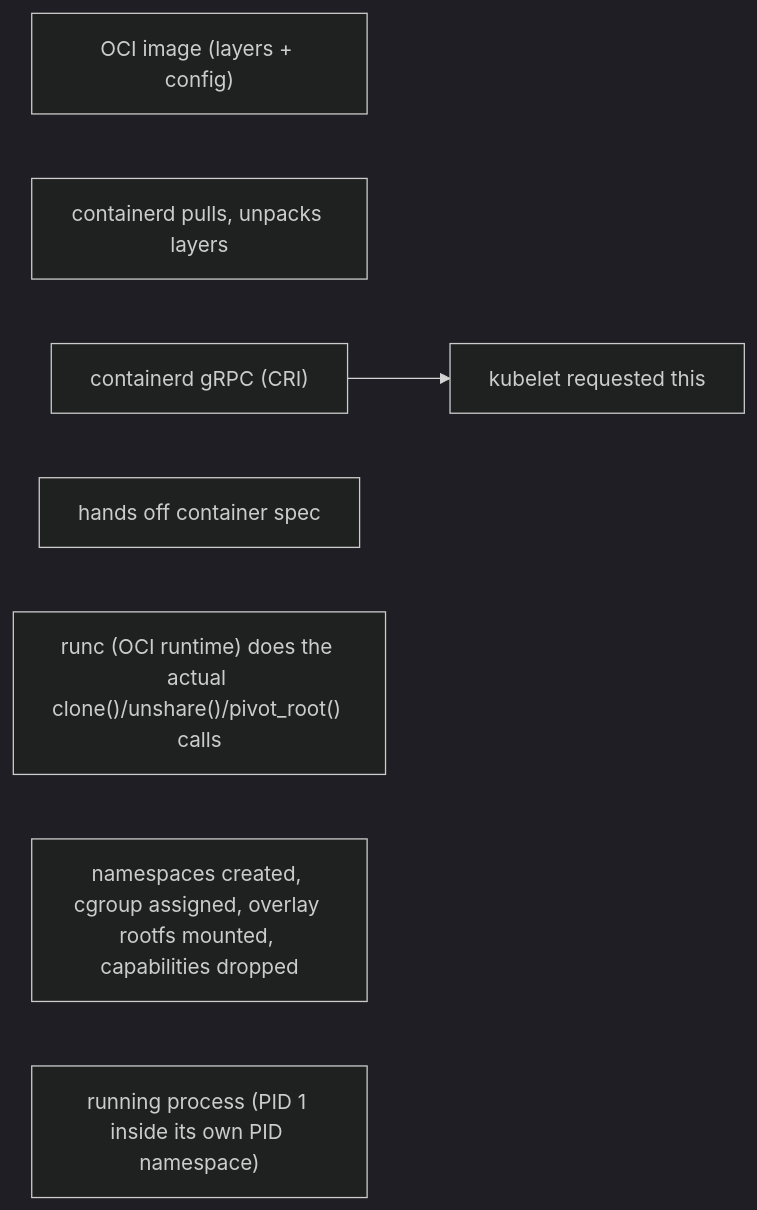
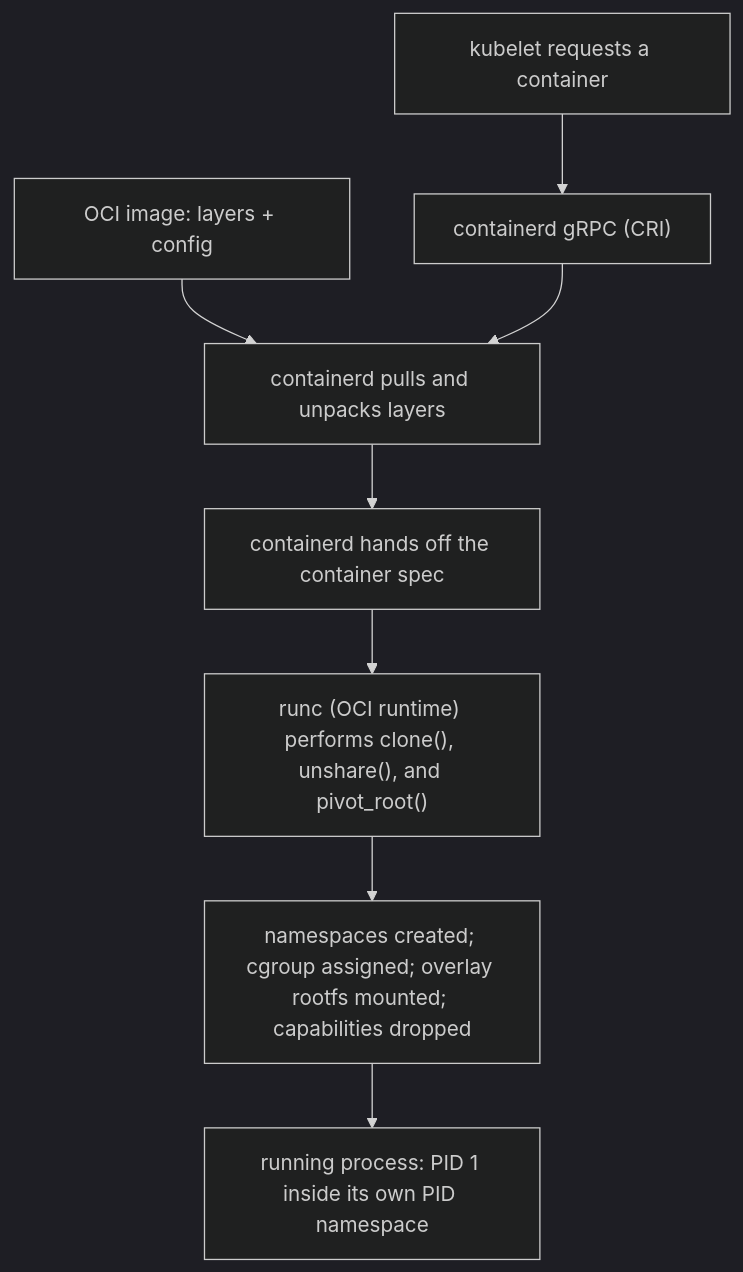
Before and after one commit to jithinpnjm/nvidia-devops: the diagram in docs/volume-01/11-senior-deep-dive-5-containers-namespaces-cgroups-v2-overlay-filesystems-and-ru.md, drawn with Mermaid (dark theme). The commit also changed other lines of this file and 99 other files, not shown here.

````diff
--- a/docs/volume-01/11-senior-deep-dive-5-containers-namespaces-cgroups-v2-overlay-filesystems-and-ru.md
+++ b/docs/volume-01/11-senior-deep-dive-5-containers-namespaces-cgroups-v2-overlay-filesystems-and-ru.md
@@ -39,13 +37,9 @@
 ```mermaid
-flowchart LR
-  %% Converted from the original ASCII diagram; source wording is preserved.
-  n0["OCI image (layers + config)"]
-  n1["containerd pulls, unpacks layers"]
-  n2["containerd gRPC (CRI)"]
-  n3["kubelet requested this"]
-  n4["hands off container spec"]
-  n5["runc (OCI runtime) does the actual clone()/unshare()/pivot_root() calls"]
-  n6["namespaces created, cgroup assigned, overlay rootfs mounted, capabilities dropped"]
-  n7["running process (PID 1 inside its own PID namespace)"]
-  n2 --> n3
+flowchart TD
+  Kubelet["kubelet requests a container"] --> CRI["containerd gRPC (CRI)"]
+  Image["OCI image: layers + config"] --> Pull["containerd pulls and unpacks layers"]
+  CRI --> Pull --> Spec["containerd hands off the container spec"]
+  Spec --> Runc["runc (OCI runtime) performs clone(), unshare(), and pivot_root()"]
+  Runc --> Process["namespaces created; cgroup assigned; overlay rootfs mounted; capabilities dropped"]
+  Process --> Running["running process: PID 1 inside its own PID namespace"]
 ```
````
